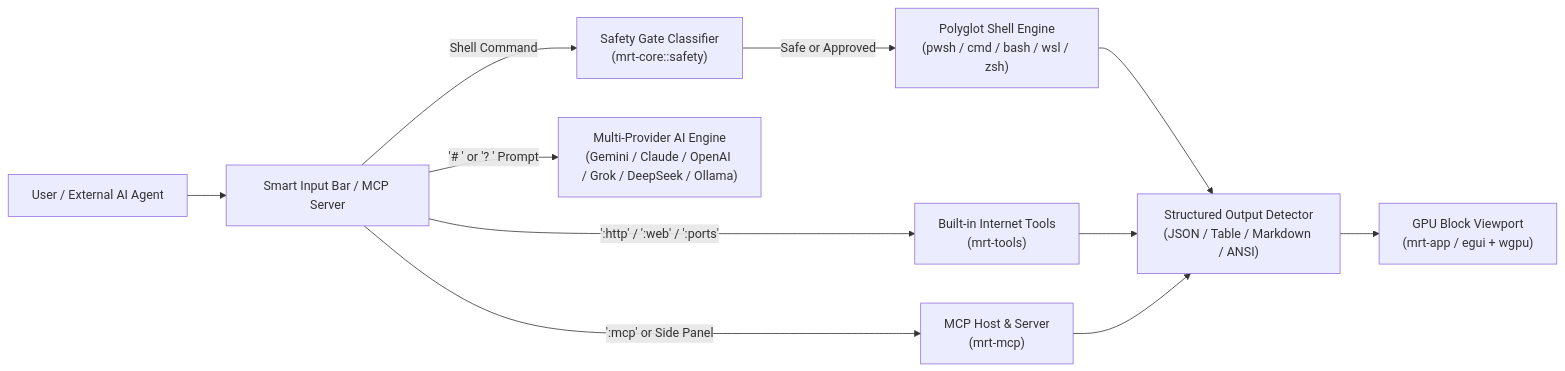
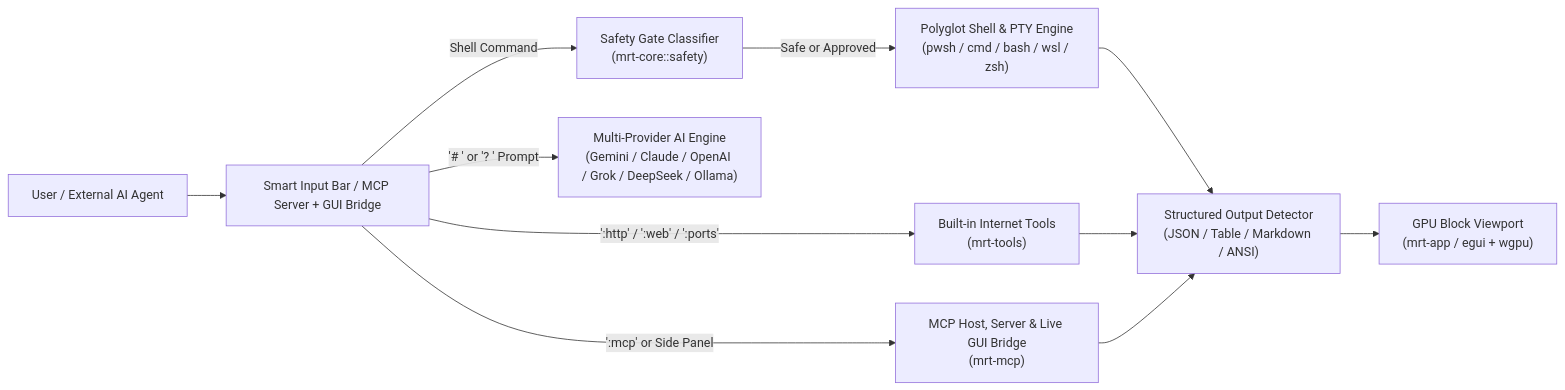
One commit to SieteCuatro/MRT changed the diagram in docs/ARCHITECTURE.md. Above: the diagram before and after it, drawn with Mermaid. The commit also changed other lines of this file and 20 other files, not shown here.

Commit message:
Update theme, MCP live GUI bridge, and sync documentation

````diff
--- a/docs/ARCHITECTURE.md
+++ b/docs/ARCHITECTURE.md
@@ -9,13 +9,13 @@
 ```mermaid
 flowchart LR
-    User["User / External AI Agent"] --> Input["Smart Input Bar / MCP Server"]
+    User["User / External AI Agent"] --> Input["Smart Input Bar / MCP Server + GUI Bridge"]
     Input -->|Shell Command| Safety["Safety Gate Classifier\n(mrt-core::safety)"]
-    Safety -->|Safe or Approved| ShellExec["Polyglot Shell Engine\n(pwsh / cmd / bash / wsl / zsh)"]
+    Safety -->|Safe or Approved| ShellExec["Polyglot Shell & PTY Engine\n(pwsh / cmd / bash / wsl / zsh)"]
     Input -->|':http' / ':web' / ':ports'| NetTools["Built-in Internet Tools\n(mrt-tools)"]
     Input -->|'# ' or '? ' Prompt| AI["Multi-Provider AI Engine\n(Gemini / Claude / OpenAI / Grok / DeepSeek / Ollama)"]
-    Input -->|':mcp' or Side Panel| MCP["MCP Host & Server\n(mrt-mcp)"]
+    Input -->|':mcp' or Side Panel| MCP["MCP Host, Server & Live GUI Bridge\n(mrt-mcp)"]
     ShellExec --> Classifier["Structured Output Detector\n(JSON / Table / Markdown / ANSI)"]
     NetTools --> Classifier
     MCP --> Classifier
     Classifier --> BlockUI["GPU Block Viewport\n(mrt-app / egui + wgpu)"]
 ```
````
